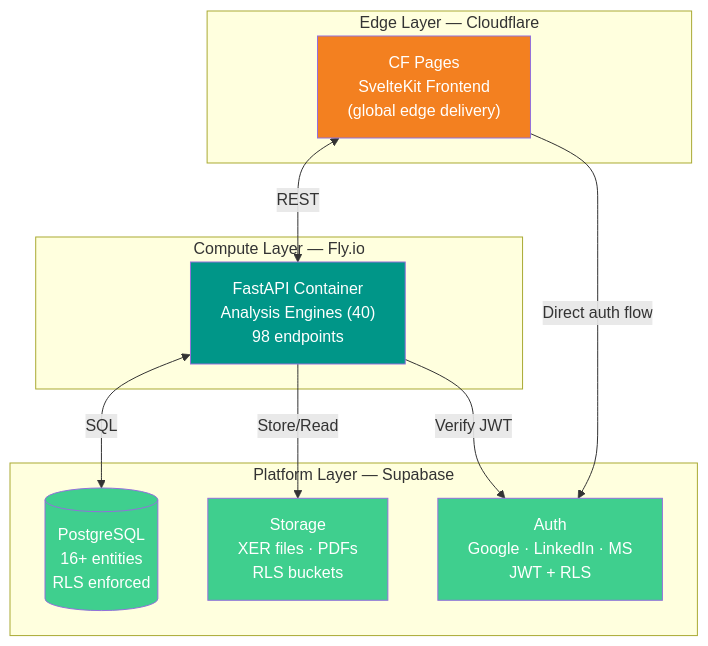
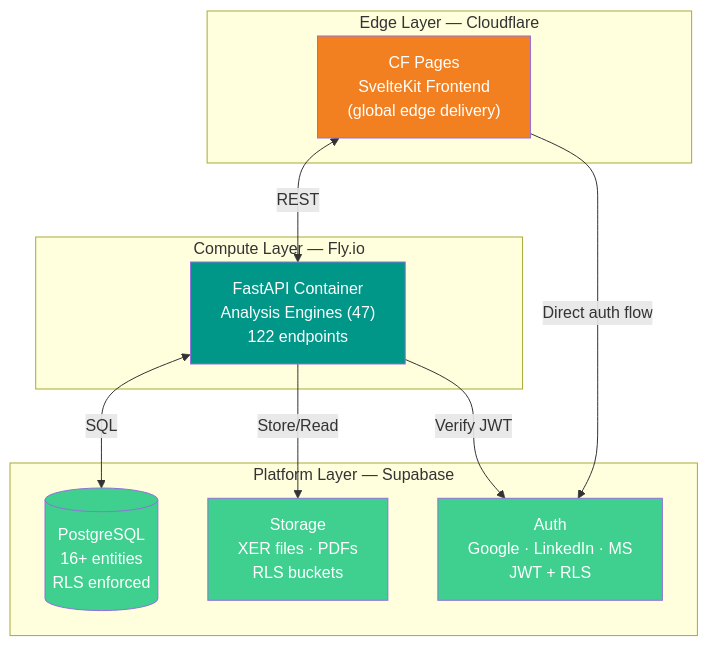
The first of 2 diagrams in README.md (VitorMRodovalho/meridianiq), drawn with Mermaid before and after one commit. The commit also changed other lines of this file and 5 other files, not shown here.

````diff
--- a/README.md
+++ b/README.md
@@ -116,28 +116,28 @@
 ```mermaid
 graph TB
     subgraph "Edge Layer — Cloudflare"
         CF_PAGES["CF Pages<br/>SvelteKit Frontend<br/>(global edge delivery)"]
     end
 
     subgraph "Compute Layer — Fly.io"
-        FASTAPI["FastAPI Container<br/>Analysis Engines (40)<br/>98 endpoints"]
+        FASTAPI["FastAPI Container<br/>Analysis Engines (47)<br/>122 endpoints"]
     end
 
     subgraph "Platform Layer — Supabase"
         AUTH["Auth<br/>Google · LinkedIn · MS<br/>JWT + RLS"]
         DB[("PostgreSQL<br/>16+ entities<br/>RLS enforced")]
         STORAGE["Storage<br/>XER files · PDFs<br/>RLS buckets"]
     end
 
     CF_PAGES <-->|"REST"| FASTAPI
     FASTAPI <-->|"SQL"| DB
     FASTAPI -->|"Store/Read"| STORAGE
     FASTAPI -->|"Verify JWT"| AUTH
     CF_PAGES -->|"Direct auth flow"| AUTH
 
     style CF_PAGES fill:#F38020,color:#fff
     style FASTAPI fill:#009688,color:#fff
     style DB fill:#3FCF8E,color:#fff
     style AUTH fill:#3FCF8E,color:#fff
     style STORAGE fill:#3FCF8E,color:#fff
 ```
````
